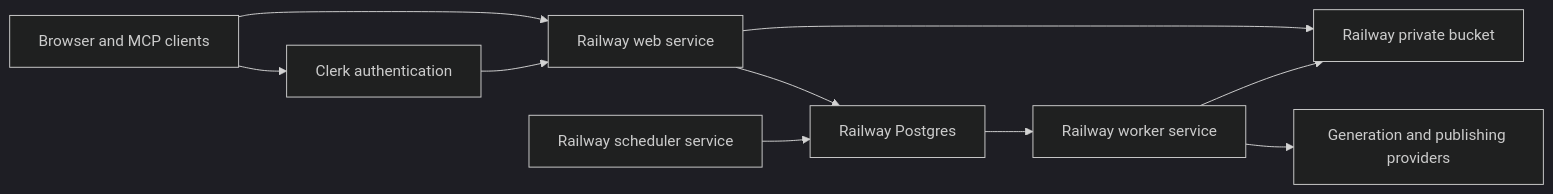
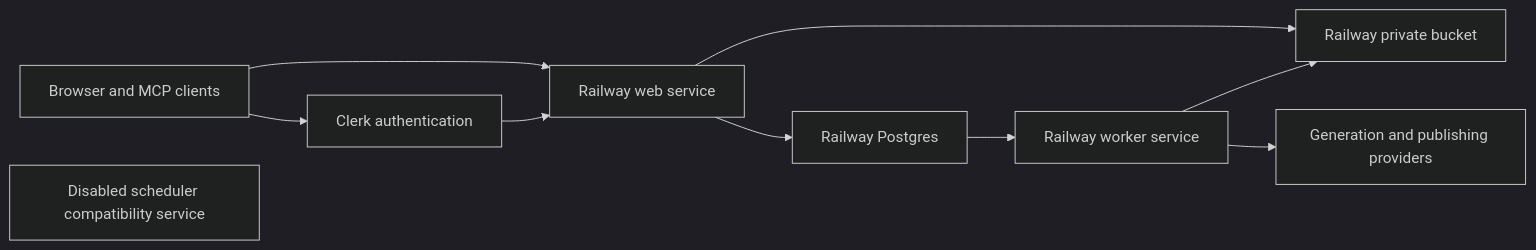
The diagram in docs/data/railway-migration.md (xk1234/cfarm), drawn with Mermaid (dark theme) before and after one commit. The commit also changed other lines of this file, not shown here.

Commit message:
Document disabled template scheduler

````diff
--- a/docs/data/railway-migration.md
+++ b/docs/data/railway-migration.md
@@ -11,12 +11,12 @@
 ```mermaid
 flowchart LR
     Client["Browser and MCP clients"] --> Clerk["Clerk authentication"]
     Client --> Web["Railway web service"]
     Clerk --> Web
     Web --> Postgres["Railway Postgres"]
     Web --> Bucket["Railway private bucket"]
-    Scheduler["Railway scheduler service"] --> Postgres
+    Scheduler["Disabled scheduler compatibility service"]
     Postgres --> Worker["Railway worker service"]
     Worker --> Bucket
     Worker --> Providers["Generation and publishing providers"]
 ```
````
